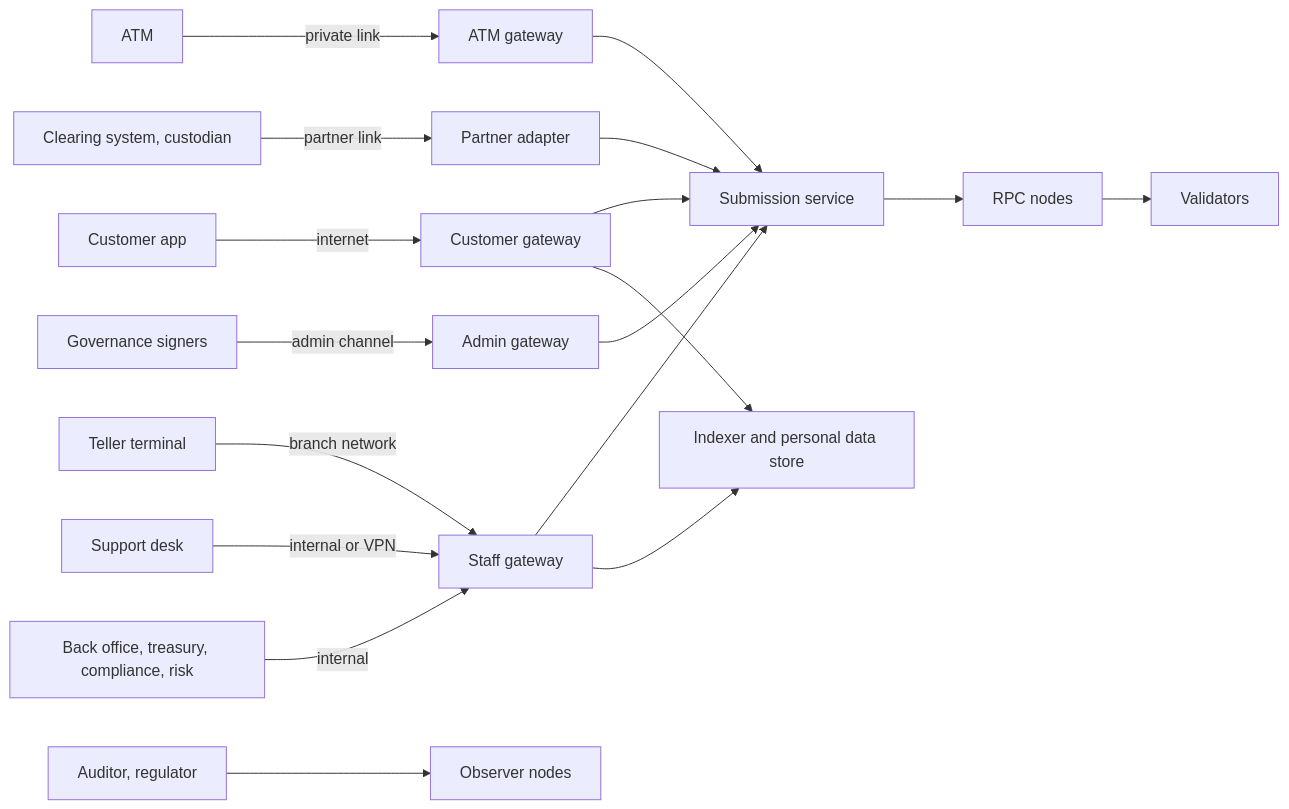
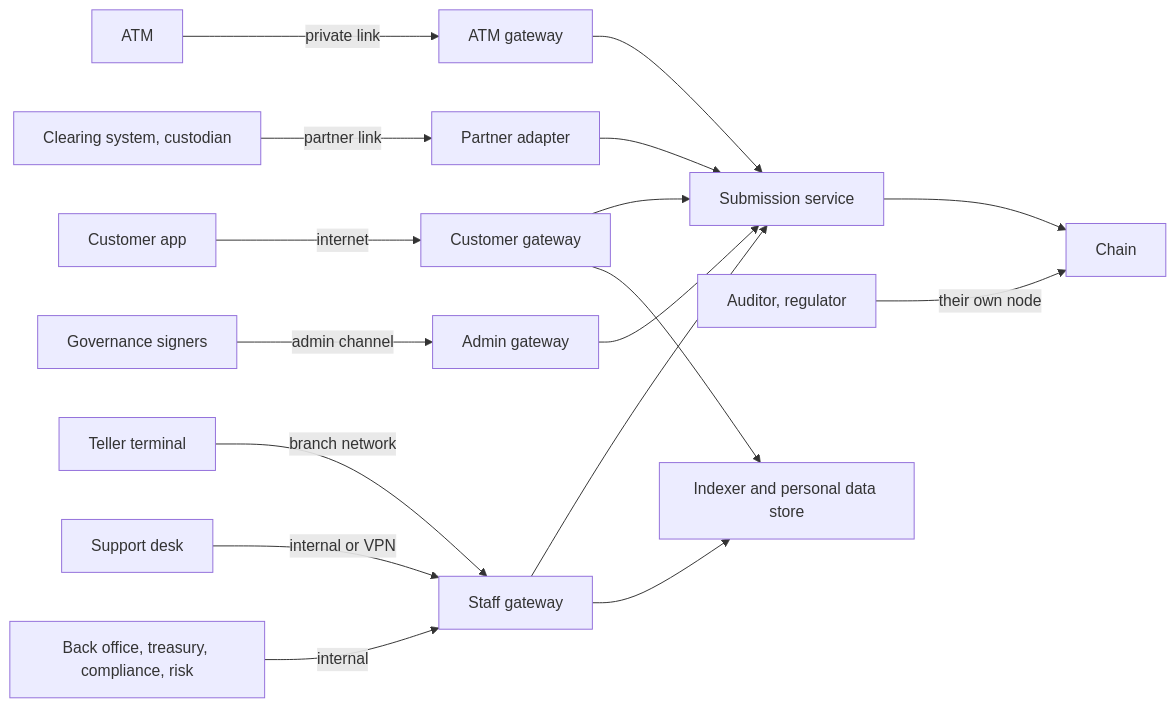
One commit to williamchong/agents-on-contract-bank changed the second of 7 diagrams in docs/architecture.md. Above: the diagram before and after it, drawn with Mermaid. The commit also changed other lines of this file and 6 other files, not shown here.

````diff
--- a/docs/architecture.md
+++ b/docs/architecture.md
@@ -109,16 +103,15 @@
 ```mermaid
 flowchart LR
     app[Customer app] -- internet --> gwc[Customer gateway]
     atm[ATM] -- private link --> gwa[ATM gateway]
     teller[Teller terminal] -- branch network --> gws[Staff gateway]
     support[Support desk] -- internal or VPN --> gws
     office[Back office, treasury, compliance, risk] -- internal --> gws
     partner[Clearing system, custodian] -- partner link --> gwp[Partner adapter]
     gov[Governance signers] -- admin channel --> gwg[Admin gateway]
     gwc & gwa & gwp & gwg --> sub[Submission service]
     gws --> sub
-    sub --> rpc[RPC nodes]
-    rpc --> val[Validators]
-    aud[Auditor, regulator] --> obs[Observer nodes]
+    sub --> chain[Chain]
+    aud[Auditor, regulator] -- their own node --> chain
     gwc & gws --> read[Indexer and personal data store]
 ```
````
